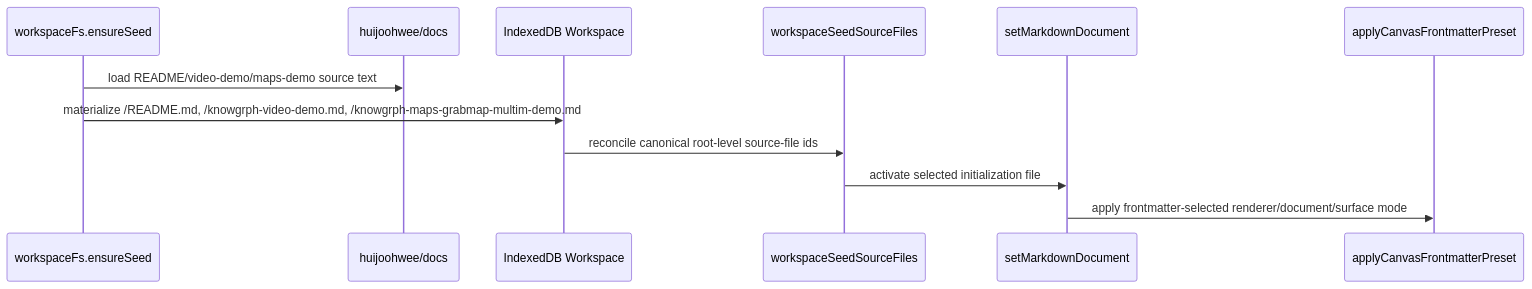
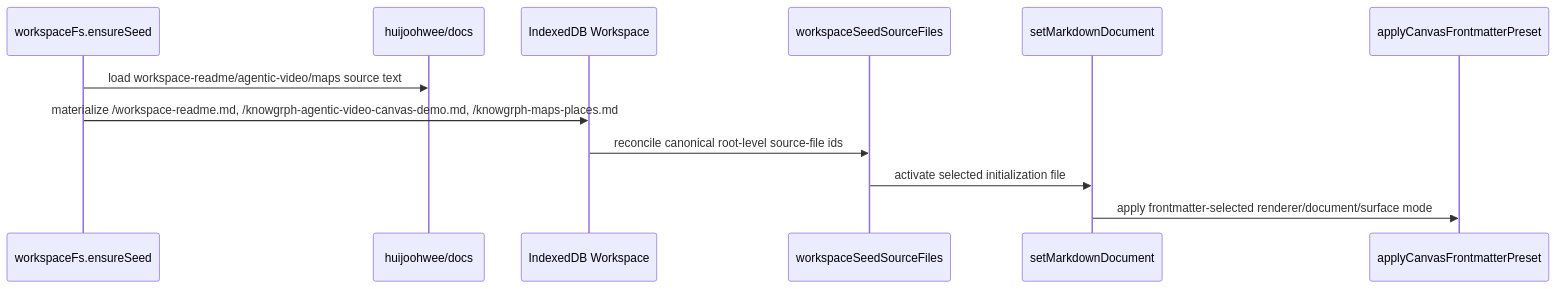
One commit to huijoohwee/knowgrph changed the second of 5 diagrams in docs/documents/knowgrph-source-files-import-document.md. Above: the diagram before and after it, drawn with Mermaid. The commit also changed other lines of this file and 15 other files, not shown here.

Commit message:
feat: add agentic video canvas demo

````diff
--- a/docs/documents/knowgrph-source-files-import-document.md
+++ b/docs/documents/knowgrph-source-files-import-document.md
@@ -83,15 +83,15 @@
 ```mermaid
 sequenceDiagram
   participant BOOT as workspaceFs.ensureSeed
   participant DOCS as huijoohwee/docs
   participant WS as IndexedDB Workspace
   participant SF as workspaceSeedSourceFiles
   participant MD as setMarkdownDocument
   participant FM as applyCanvasFrontmatterPreset
 
-  BOOT->>DOCS: load README/video-demo/maps-demo source text
-  BOOT->>WS: materialize /README.md, /knowgrph-video-demo.md, /knowgrph-maps-grabmap-multim-demo.md
+  BOOT->>DOCS: load workspace-readme/agentic-video/maps source text
+  BOOT->>WS: materialize /workspace-readme.md, /knowgrph-agentic-video-canvas-demo.md, /knowgrph-maps-places.md
   WS->>SF: reconcile canonical root-level source-file ids
   SF->>MD: activate selected initialization file
   MD->>FM: apply frontmatter-selected renderer/document/surface mode
 ```
````
